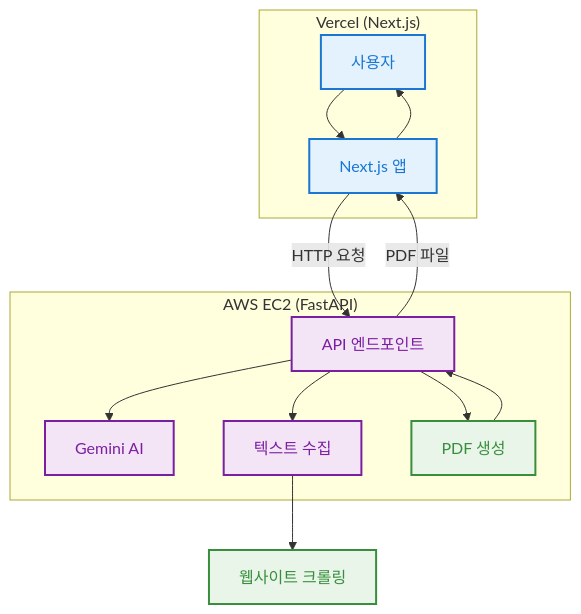
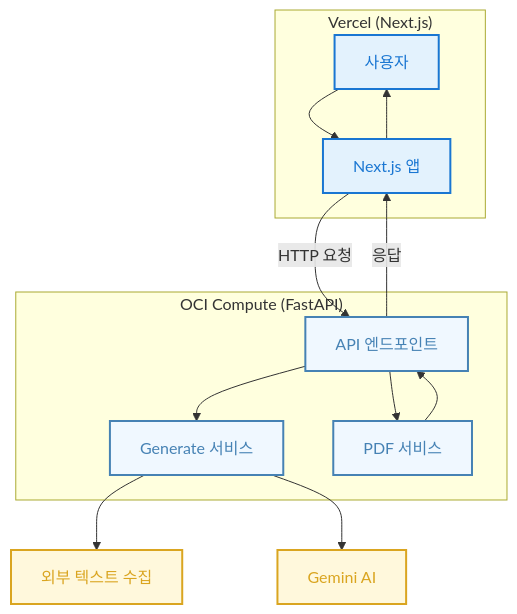
The diagram in README.md (DDAL-KKAK-DOT/DDALKKAK), drawn with Mermaid before and after one commit. The commit also changed other lines of this file, not shown here.

````diff
--- a/README.md
+++ b/README.md
@@ -138,38 +138,39 @@
 ```mermaid
 flowchart TD
 %% 클라이언트
 subgraph Vercel["Vercel (Next.js)"]
   User[사용자]
   NextApp[Next.js 앱]
 end
 
 %% 백엔드 서버
-subgraph Backend["AWS EC2 (FastAPI)"]
+subgraph Backend["OCI Compute (FastAPI)"]
   API[API 엔드포인트]
-  Gemini[Gemini AI]
-  TextFetch[텍스트 수집]
-  PDF[PDF 생성]
+  Generate[Generate 서비스]
+  PDFService[PDF 서비스]
 end
 
-%% 데이터 처리
-WebSites[웹사이트 크롤링]
+%% 외부 서비스
+TextCrawling[외부 텍스트 수집]
+GeminiAPI[Gemini AI]
 
 %% 플로우
 User --> NextApp
 NextApp -->|HTTP 요청| API
-API --> TextFetch --> WebSites
-API --> Gemini
-API --> PDF
-PDF --> API
-API -->|PDF 파일| NextApp
+API --> Generate
+API --> PDFService
+Generate --> TextCrawling
+Generate --> GeminiAPI
+PDFService --> API
+API -->|응답| NextApp
 NextApp --> User
 
 %% 스타일링
 classDef vercel fill:#e3f2fd,stroke:#1976d2,stroke-width:2px,color:#1976d2
-classDef backend fill:#f3e5f5,stroke:#7b1fa2,stroke-width:2px,color:#7b1fa2
-classDef process fill:#e8f5e8,stroke:#388e3c,stroke-width:2px,color:#388e3c
+classDef backend fill:#f0f8ff,stroke:#4682b4,stroke-width:2px,color:#4682b4
+classDef external fill:#fff8dc,stroke:#daa520,stroke-width:2px,color:#daa520
 
 class User,NextApp vercel
-class API,Gemini,TextFetch backend
-class PDF,WebSites process
+class API,Generate,PDFService backend
+class TextCrawling,GeminiAPI external
 ```
````
